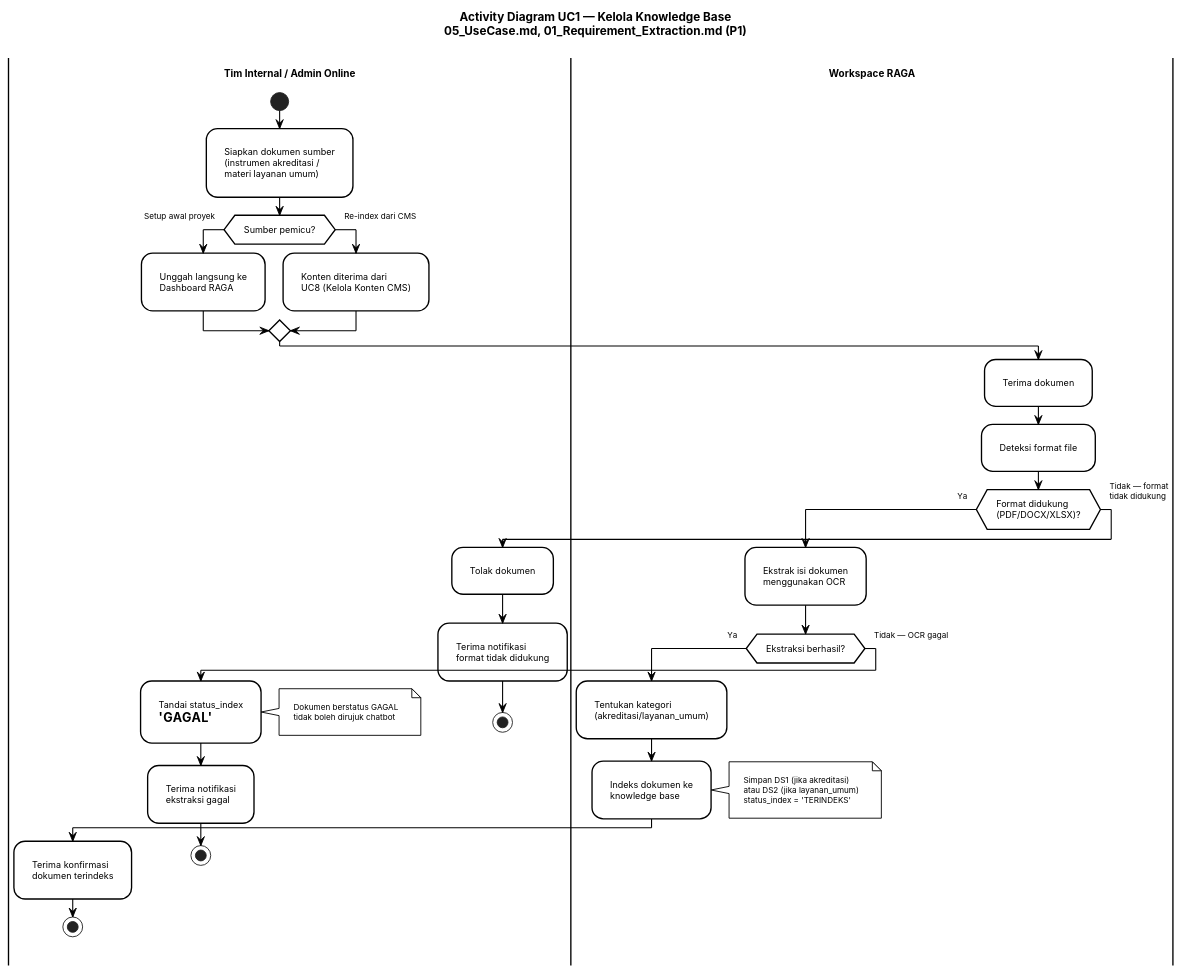
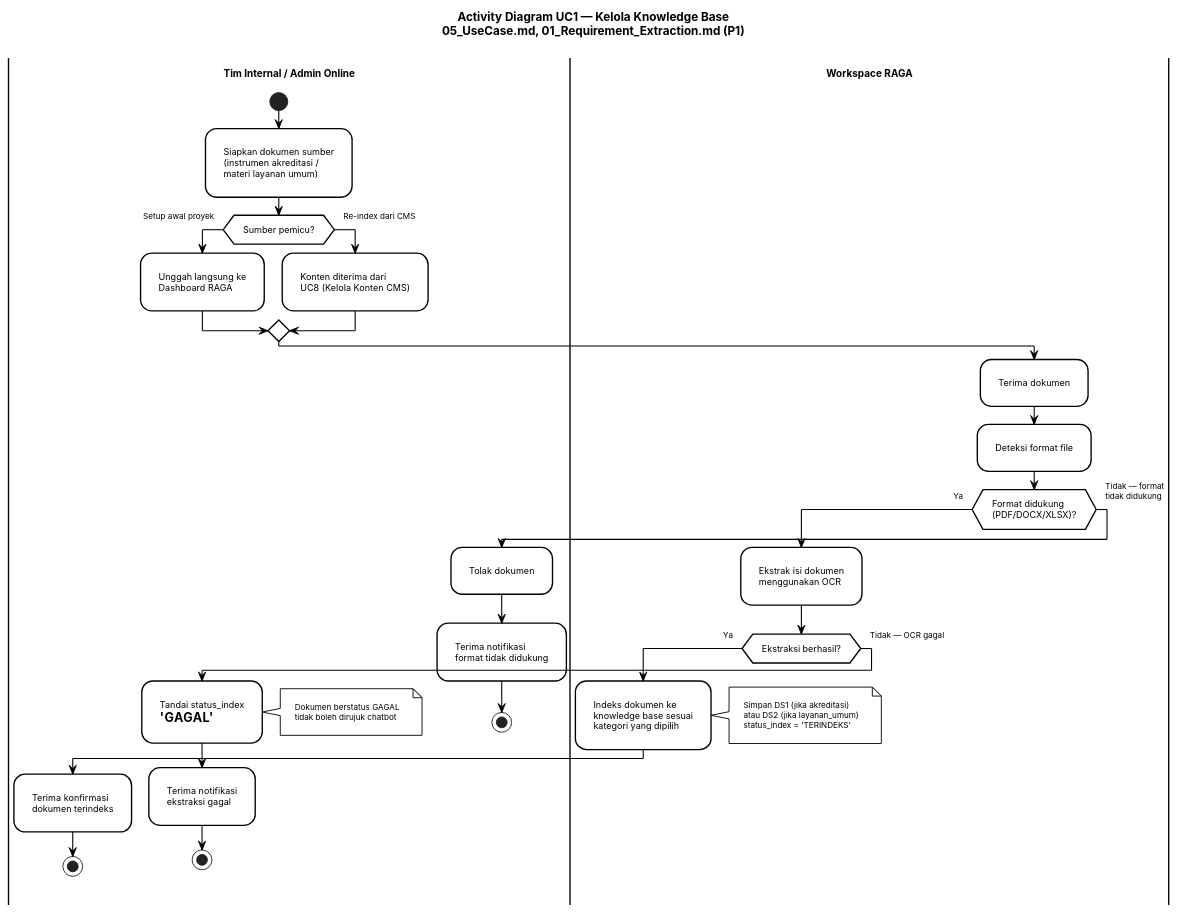
The third of 3 diagrams in knowledge/projects/dpad-chatbot/source-docs/system-analysis/06_Activity_Diagram.md (yudha-tlab/ai-os-knowledge), drawn with PlantUML before and after one commit. The commit also changed other lines of this file and 11 other files, not shown here.

```diff
--- a/knowledge/projects/dpad-chatbot/source-docs/system-analysis/06_Activity_Diagram.md
+++ b/knowledge/projects/dpad-chatbot/source-docs/system-analysis/06_Activity_Diagram.md
@@ -476,8 +498,7 @@
   :Ekstrak isi dokumen\nmenggunakan OCR;
 
   if (Ekstraksi berhasil?) then (Ya)
-    :Tentukan kategori\n(akreditasi/layanan_umum);
-    :Indeks dokumen ke\nknowledge base;
+    :Indeks dokumen ke\nknowledge base sesuai\nkategori yang dipilih;
     note right
       Simpan DS1 (jika akreditasi)
       atau DS2 (jika layanan_umum)
```
